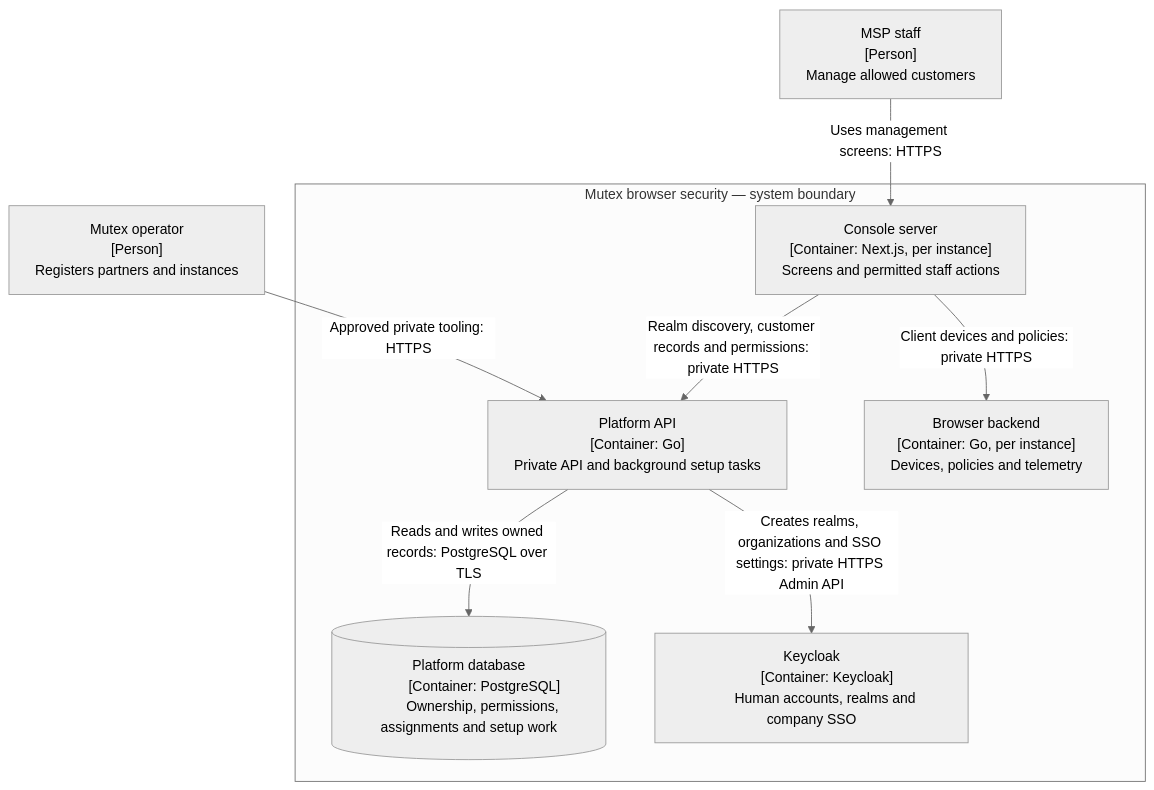
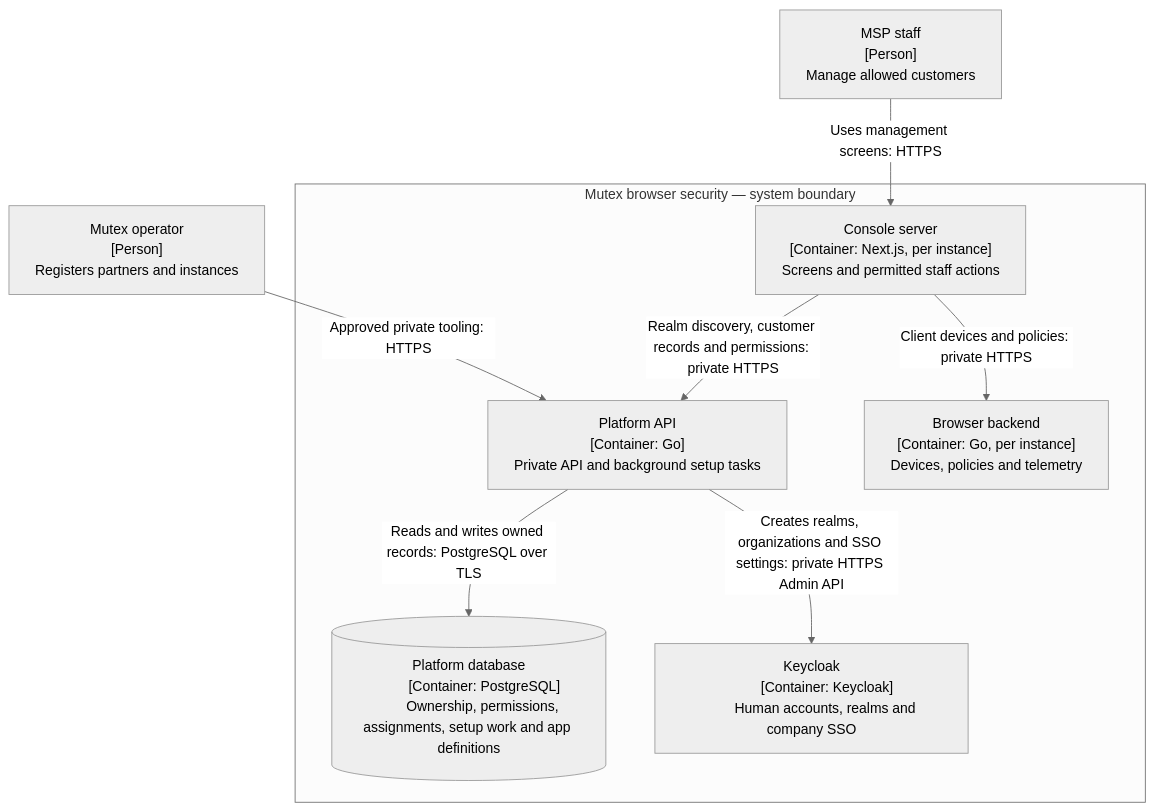
One commit to mutex-ai/mutexai-browser-platform changed the second of 4 diagrams in docs/adrs/adr-001-platform-api.md. Above: the diagram before and after it, drawn with Mermaid. The commit also changed other lines of this file and 10 other files, not shown here.

Commit message:
Harden registry validation and simplify architecture docs

````diff
--- a/docs/adrs/adr-001-platform-api.md
+++ b/docs/adrs/adr-001-platform-api.md
@@ -61,33 +61,33 @@
 ```mermaid
 %%{init: {"theme": "neutral", "flowchart": {"wrappingWidth": 300}}}%%
 flowchart TB
     staff["MSP staff
     [Person]
     Manage allowed customers"]
     operator["Mutex operator
     [Person]
     Registers partners and instances"]
     subgraph mutex["Mutex browser security — system boundary"]
         console["Console server
         [Container: Next.js, per instance]
         Screens and permitted staff actions"]
         platform["Platform API
         [Container: Go]
         Private API and background setup tasks"]
         database[("Platform database
         [Container: PostgreSQL]
-        Ownership, permissions, assignments and setup work")]
+        Ownership, permissions, assignments, setup work and app definitions")]
         keycloak["Keycloak
         [Container: Keycloak]
         Human accounts, realms and company SSO"]
         backend["Browser backend
         [Container: Go, per instance]
         Devices, policies and telemetry"]
     end
     staff -->|"Uses management screens: HTTPS"| console
     operator -->|"Approved private tooling: HTTPS"| platform
     console -->|"Realm discovery, customer records and permissions: private HTTPS"| platform
     console -->|"Client devices and policies: private HTTPS"| backend
     platform -->|"Reads and writes owned records: PostgreSQL over TLS"| database
     platform -->|"Creates realms, organizations and SSO settings: private HTTPS Admin API"| keycloak
 ```
````
